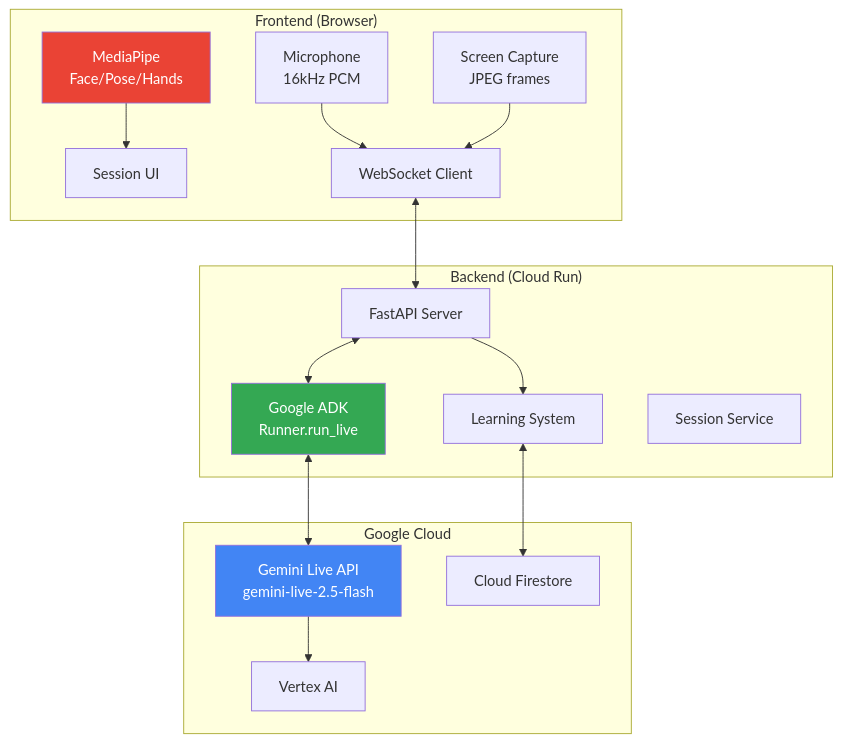
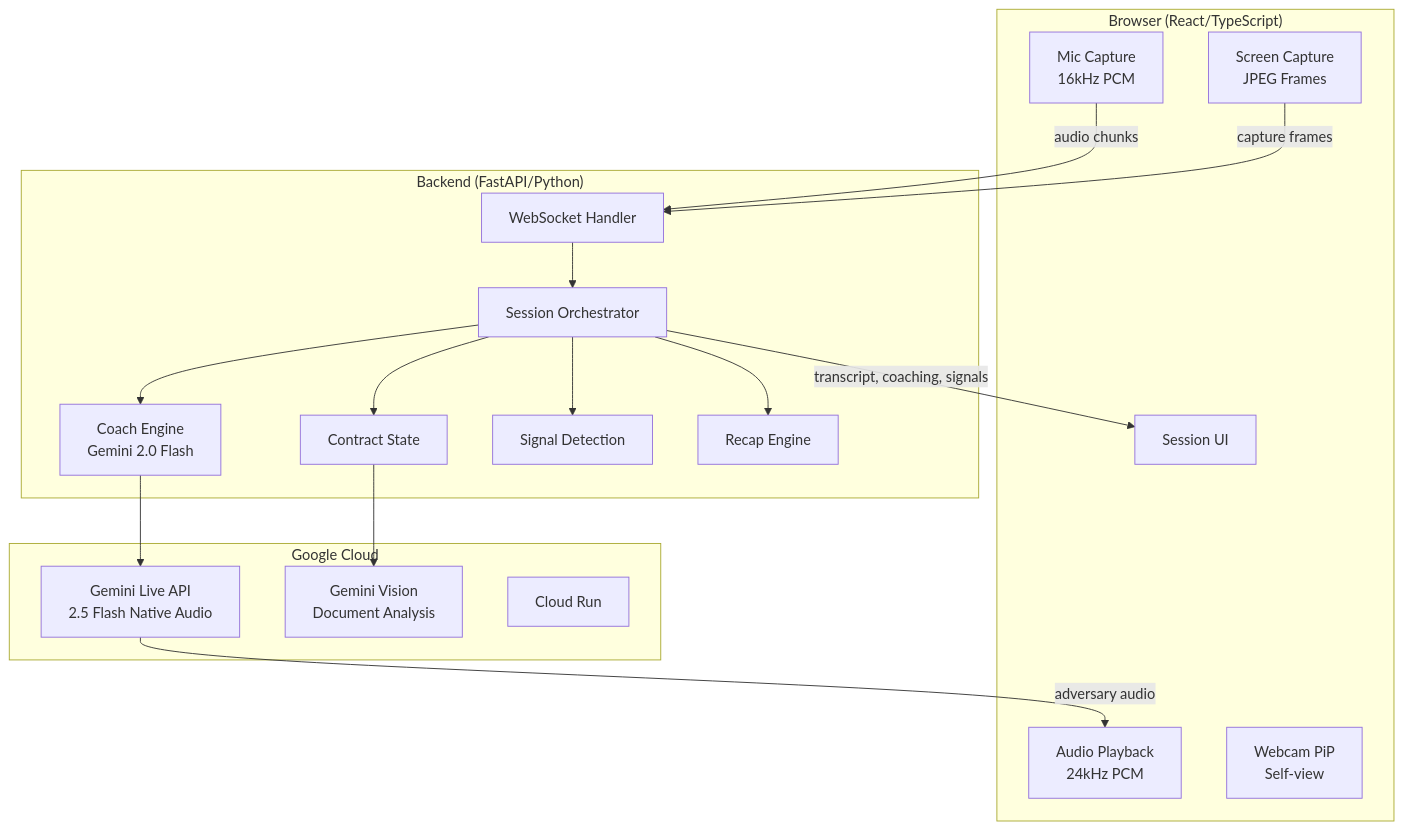
One commit to mmoussaif/devpost-google changed the first of 4 diagrams in AGENTS.md. Above: the diagram before and after it, drawn with Mermaid. The commit also changed other lines of this file and 45 other files, not shown here.

````diff
--- a/AGENTS.md
+++ b/AGENTS.md
@@ -38,37 +16,37 @@
 ```mermaid
 flowchart TB
-    subgraph Client["Frontend (Browser)"]
+    subgraph Browser["Browser (React/TypeScript)"]
         UI[Session UI]
-        WS[WebSocket Client]
-        MP[MediaPipe<br/>Face/Pose/Hands]
-        MIC[Microphone<br/>16kHz PCM]
-        SCR[Screen Capture<br/>JPEG frames]
+        Audio[Mic Capture<br/>16kHz PCM]
+        Playback[Audio Playback<br/>24kHz PCM]
+        Screen[Screen Capture<br/>JPEG Frames]
+        Camera[Webcam PiP<br/>Self-view]
     end
 
-    subgraph Backend["Backend (Cloud Run)"]
-        FP[FastAPI Server]
-        ADK[Google ADK<br/>Runner.run_live]
-        LS[Learning System]
-        SS[Session Service]
+    subgraph Backend["Backend (FastAPI/Python)"]
+        WS[WebSocket Handler]
+        Orchestrator[Session Orchestrator]
+        Coach[Coach Engine<br/>Gemini 2.0 Flash]
+        Contract[Contract State]
+        Signals[Signal Detection]
+        Recap[Recap Engine]
     end
 
     subgraph Google["Google Cloud"]
-        GL[Gemini Live API<br/>gemini-live-2.5-flash]
-        FS[Cloud Firestore]
-        VA[Vertex AI]
+        Live[Gemini Live API<br/>2.5 Flash Native Audio]
+        Vision[Gemini Vision<br/>Document Analysis]
+        Run[Cloud Run]
     end
 
-    MIC --> WS
-    SCR --> WS
-    MP --> UI
-    WS <--> FP
-    FP <--> ADK
-    ADK <--> GL
-    LS <--> FS
-    GL --> VA
-    FP --> LS
-
-    style GL fill:#4285F4,color:white
-    style ADK fill:#34A853,color:white
-    style MP fill:#EA4335,color:white
+    Audio -->|audio chunks| WS
+    Screen -->|capture frames| WS
+    WS --> Orchestrator
+    Orchestrator --> Coach
+    Orchestrator --> Contract
+    Orchestrator --> Signals
+    Coach --> Live
+    Contract --> Vision
+    Orchestrator -->|transcript, coaching, signals| UI
+    Live -->|adversary audio| Playback
+    Orchestrator --> Recap
 ```
````
